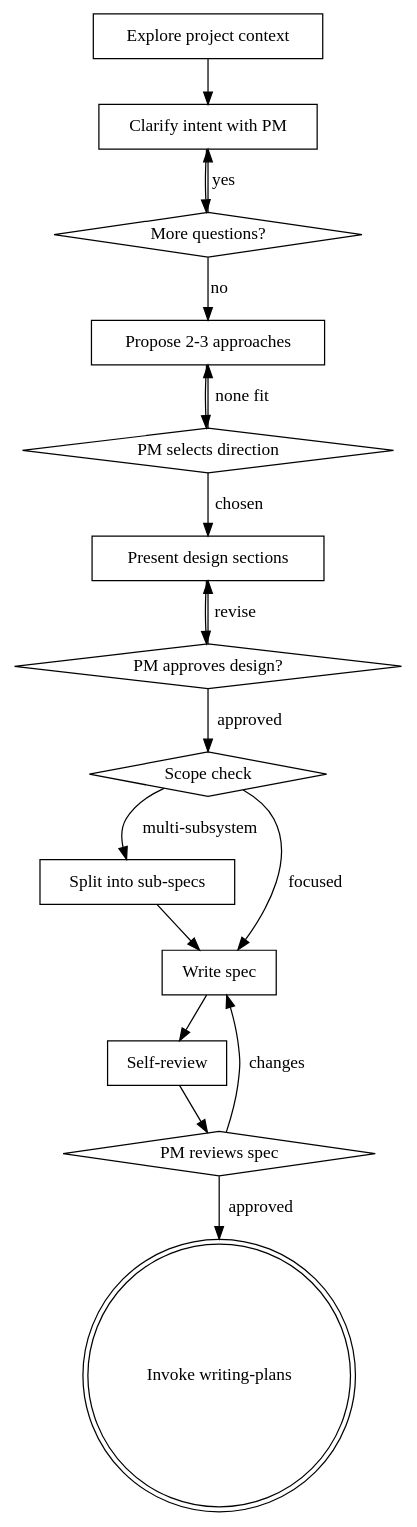
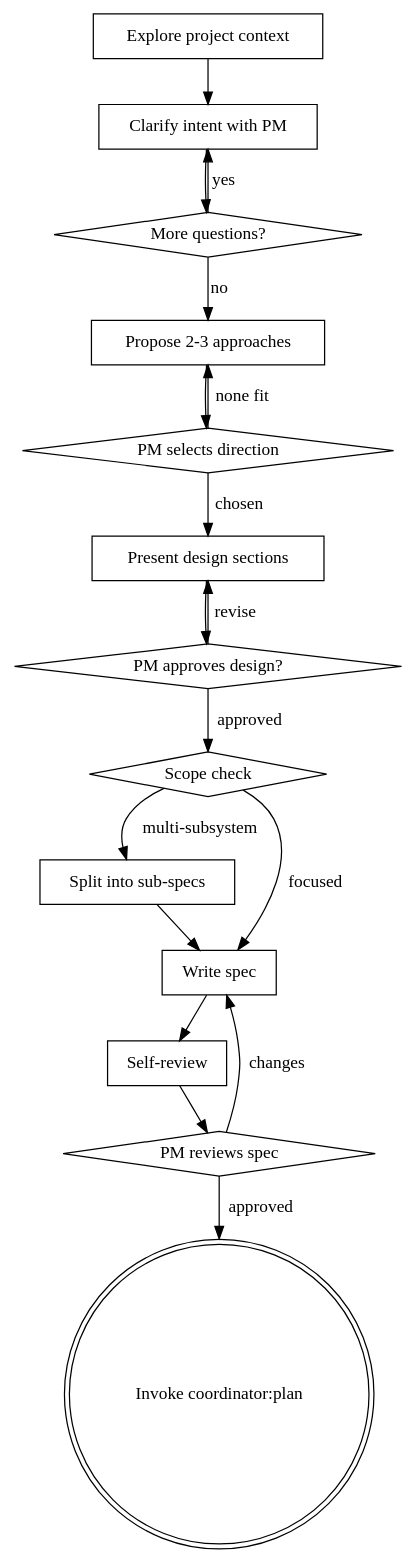
One commit to dbc-oduffy/coordinator-claude changed the diagram in plugins/coordinator/skills/brainstorming/SKILL.md. Above: the diagram before and after it, drawn with Graphviz. The commit also changed other lines of this file and 28 other files, not shown here.

````diff
--- a/plugins/coordinator/skills/brainstorming/SKILL.md
+++ b/plugins/coordinator/skills/brainstorming/SKILL.md
@@ -33,35 +33,35 @@
 ```dot
 digraph brainstorming {
     "Explore project context" [shape=box];
     "Clarify intent with PM" [shape=box];
     "More questions?" [shape=diamond];
     "Propose 2-3 approaches" [shape=box];
     "PM selects direction" [shape=diamond];
     "Present design sections" [shape=box];
     "PM approves design?" [shape=diamond];
     "Scope check" [shape=diamond];
     "Split into sub-specs" [shape=box];
     "Write spec" [shape=box];
     "Self-review" [shape=box];
     "PM reviews spec" [shape=diamond];
-    "Invoke writing-plans" [shape=doublecircle];
+    "Invoke coordinator:plan" [shape=doublecircle];
 
     "Explore project context" -> "Clarify intent with PM";
     "Clarify intent with PM" -> "More questions?";
     "More questions?" -> "Clarify intent with PM" [label="yes"];
     "More questions?" -> "Propose 2-3 approaches" [label="no"];
     "Propose 2-3 approaches" -> "PM selects direction";
     "PM selects direction" -> "Propose 2-3 approaches" [label="none fit"];
     "PM selects direction" -> "Present design sections" [label="chosen"];
     "Present design sections" -> "PM approves design?";
     "PM approves design?" -> "Present design sections" [label="revise"];
     "PM approves design?" -> "Scope check" [label="approved"];
     "Scope check" -> "Split into sub-specs" [label="multi-subsystem"];
     "Scope check" -> "Write spec" [label="focused"];
     "Split into sub-specs" -> "Write spec";
     "Write spec" -> "Self-review";
     "Self-review" -> "PM reviews spec";
     "PM reviews spec" -> "Write spec" [label="changes"];
-    "PM reviews spec" -> "Invoke writing-plans" [label="approved"];
+    "PM reviews spec" -> "Invoke coordinator:plan" [label="approved"];
 }
 ```
````
